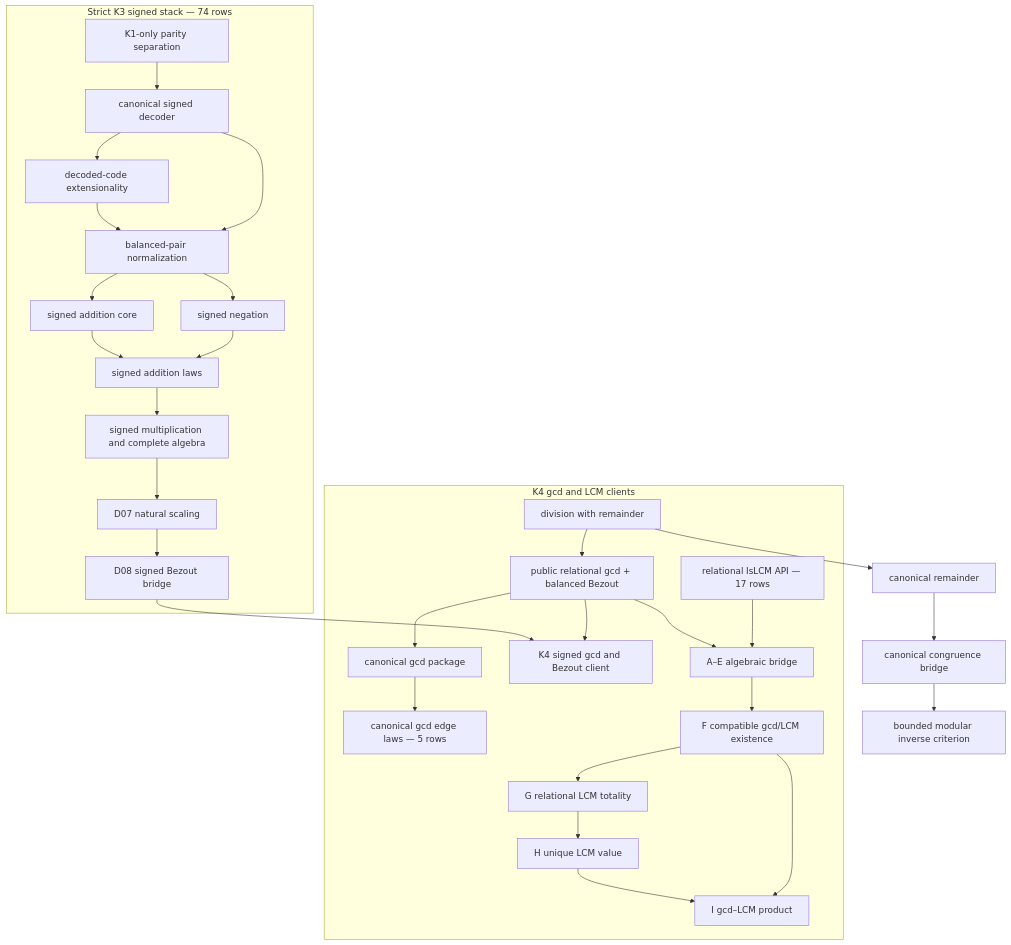
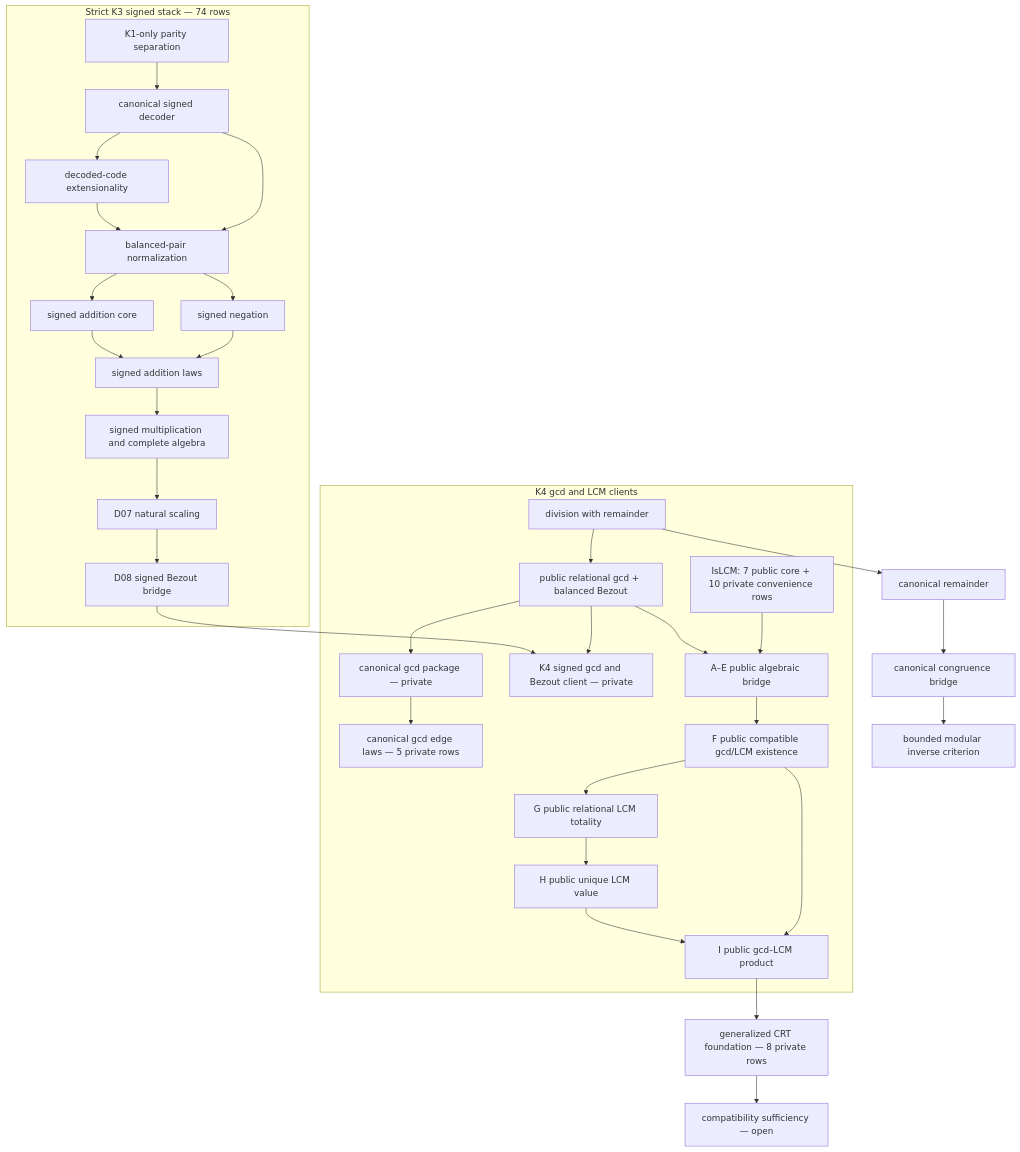
Before and after one commit to nasqret/vietnam2026: the diagram in vault/concepts/strict-ha-number-theory-campaign.md, drawn with Mermaid. The commit also changed other lines of this file and 70 other files, not shown here.

Commit message:
Admit gcd LCM core and seed generalized CRT

````diff
--- a/vault/concepts/strict-ha-number-theory-campaign.md
+++ b/vault/concepts/strict-ha-number-theory-campaign.md
@@ -38,33 +38,35 @@
 ```mermaid
 flowchart TD
   D[division with remainder] --> R[canonical remainder]
   R --> C[canonical congruence bridge]
   C --> I[bounded modular inverse criterion]
   subgraph K3[Strict K3 signed stack — 74 rows]
     P[K1-only parity separation] --> S[canonical signed decoder]
     S --> E[decoded-code extensionality]
     S --> N[balanced-pair normalization]
     E --> N
     N --> SN[signed negation]
     N --> A[signed addition core]
     SN --> AL[signed addition laws]
     A --> AL
     AL --> M[signed multiplication and complete algebra]
     M --> D7[D07 natural scaling]
     D7 --> SB[D08 signed Bezout bridge]
   end
   subgraph K4[K4 gcd and LCM clients]
     D --> RG
-    RG[public relational gcd + balanced Bezout] --> CG[canonical gcd package]
-    CG --> GE[canonical gcd edge laws — 5 rows]
-    RG --> SG[K4 signed gcd and Bezout client]
+    RG[public relational gcd + balanced Bezout] --> CG[canonical gcd package — private]
+    CG --> GE[canonical gcd edge laws — 5 private rows]
+    RG --> SG[K4 signed gcd and Bezout client — private]
     SB --> SG
-    RL[relational IsLCM API — 17 rows] --> BF[A–E algebraic bridge]
+    RL[IsLCM: 7 public core + 10 private convenience rows] --> BF[A–E public algebraic bridge]
     RG --> BF
-    BF --> CE[F compatible gcd/LCM existence]
-    CE --> LT[G relational LCM totality]
-    LT --> LU[H unique LCM value]
-    CE --> GP[I gcd–LCM product]
+    BF --> CE[F public compatible gcd/LCM existence]
+    CE --> LT[G public relational LCM totality]
+    LT --> LU[H public unique LCM value]
+    CE --> GP[I public gcd–LCM product]
     LU --> GP
   end
+  GP --> GC[generalized CRT foundation — 8 private rows]
+  GC --> GS[compatibility sufficiency — open]
 ```
````
